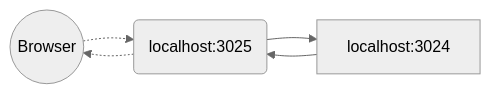
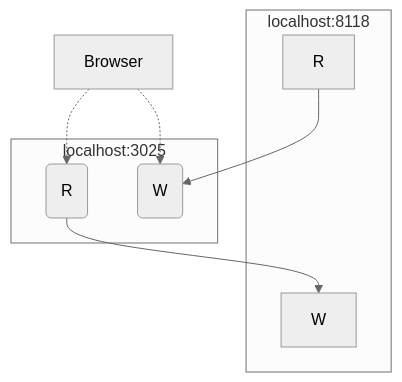
Before and after one commit to indole/indole: the diagram in doc/example/TCPPortForwarding.md, drawn with Mermaid (neutral theme). The commit also changed other lines of this file and 3 other files, not shown here.

````diff
--- a/doc/example/TCPPortForwarding.md
+++ b/doc/example/TCPPortForwarding.md
@@ -21,10 +21,15 @@
 ```mermaid
-graph LR
-F((Browser))
-A(localhost:3025)
-B[localhost:3024]
-F-.->A
-A-->B
-B-->A
-A-.->F
+graph TB
+subgraph localhost:3025
+ AR(R)
+ AW(W)
+end
+subgraph localhost:8118
+ BR[R]
+ BW[W]
+end
+AR-->BW
+BR-->AW
+Browser-.->AR
+Browser-.->AW
 ```
````
